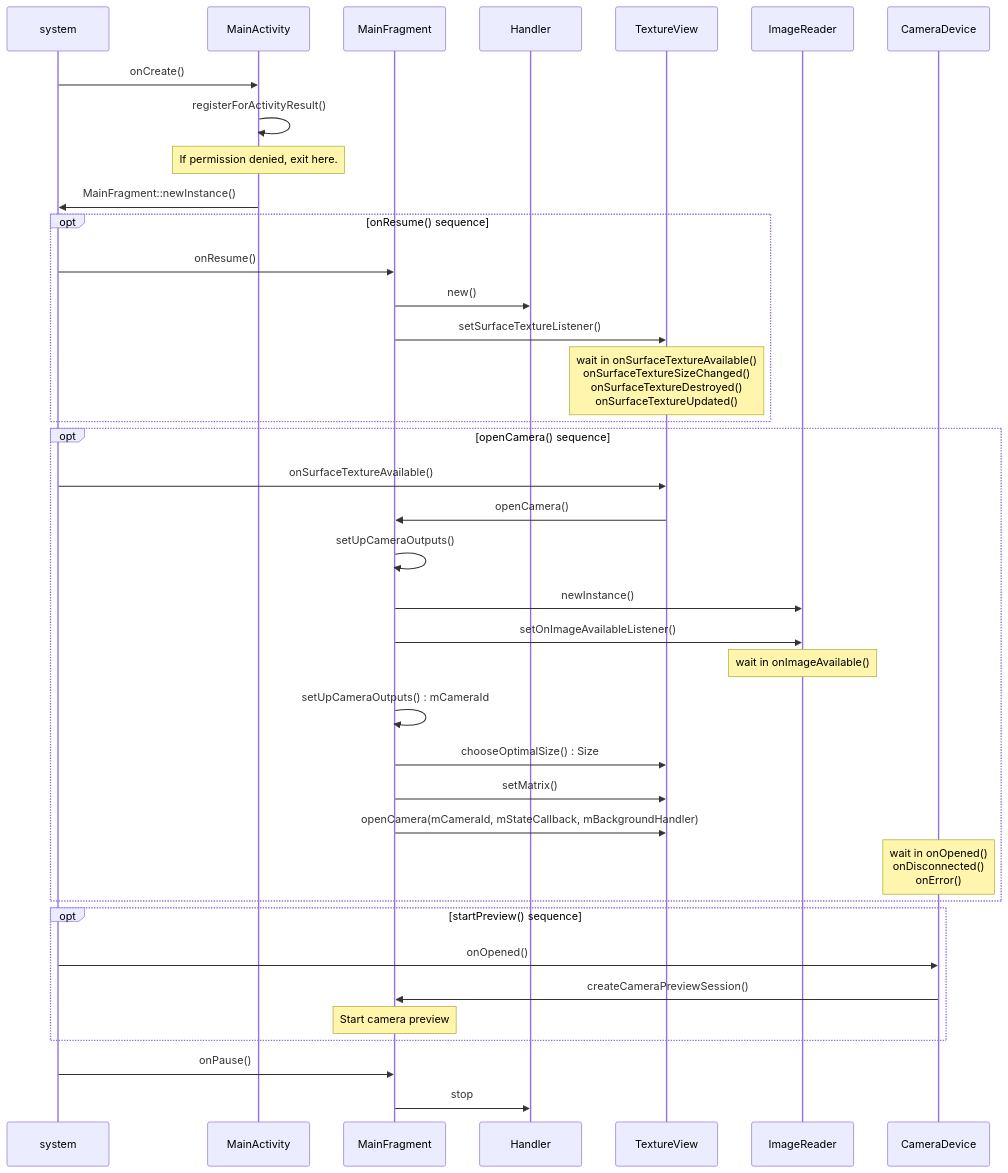
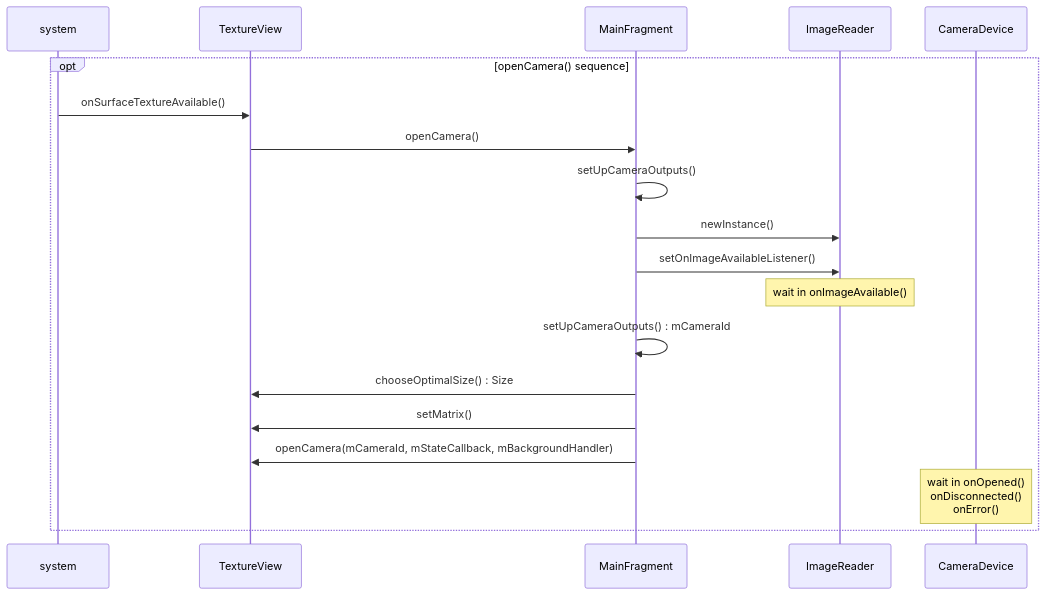
One commit to aaaa1597/And-OneShotCamera changed the third of 5 diagrams in README.md. Above: the diagram before and after it, drawn with Mermaid. The commit also changed other lines of this file, not shown here.

Commit message:
開発中

````diff
--- a/README.md
+++ b/README.md
@@ -23,37 +43,16 @@
 ```mermaid
 sequenceDiagram
-system ->> MainActivity: onCreate()
-MainActivity ->> MainActivity: registerForActivityResult()
-Note over MainActivity : If permission denied, exit here.
-MainActivity ->> system: MainFragment::newInstance()
-opt onResume() sequence
-	system ->> MainFragment: onResume()
-	MainFragment ->> Handler: new()
-	MainFragment ->> TextureView: setSurfaceTextureListener()
-	Note over TextureView: wait in onSurfaceTextureAvailable()<br> onSurfaceTextureSizeChanged()<br> onSurfaceTextureDestroyed()<br> onSurfaceTextureUpdated()
-end
-
 opt openCamera() sequence
 	system ->> TextureView: onSurfaceTextureAvailable()
 	TextureView ->> MainFragment : openCamera()
 	MainFragment ->> MainFragment : setUpCameraOutputs()
 	MainFragment ->> ImageReader: newInstance()
 	MainFragment ->> ImageReader: setOnImageAvailableListener()
 	Note over ImageReader: wait in onImageAvailable()
 	MainFragment ->> MainFragment : setUpCameraOutputs() : mCameraId
 	MainFragment ->> TextureView: chooseOptimalSize() : Size
 	MainFragment ->> TextureView: setMatrix()
 	MainFragment ->> TextureView: openCamera(mCameraId, mStateCallback, mBackgroundHandler)
 	Note over CameraDevice: wait in onOpened()<br> onDisconnected()<br> onError()
 end
-
-opt startPreview() sequence
-	system ->> CameraDevice: onOpened()
-	CameraDevice->> MainFragment : createCameraPreviewSession()
-	Note over MainFragment : Start camera preview
-end
-
-system ->> MainFragment: onPause()
-MainFragment ->> Handler: stop
-
 ```
````
